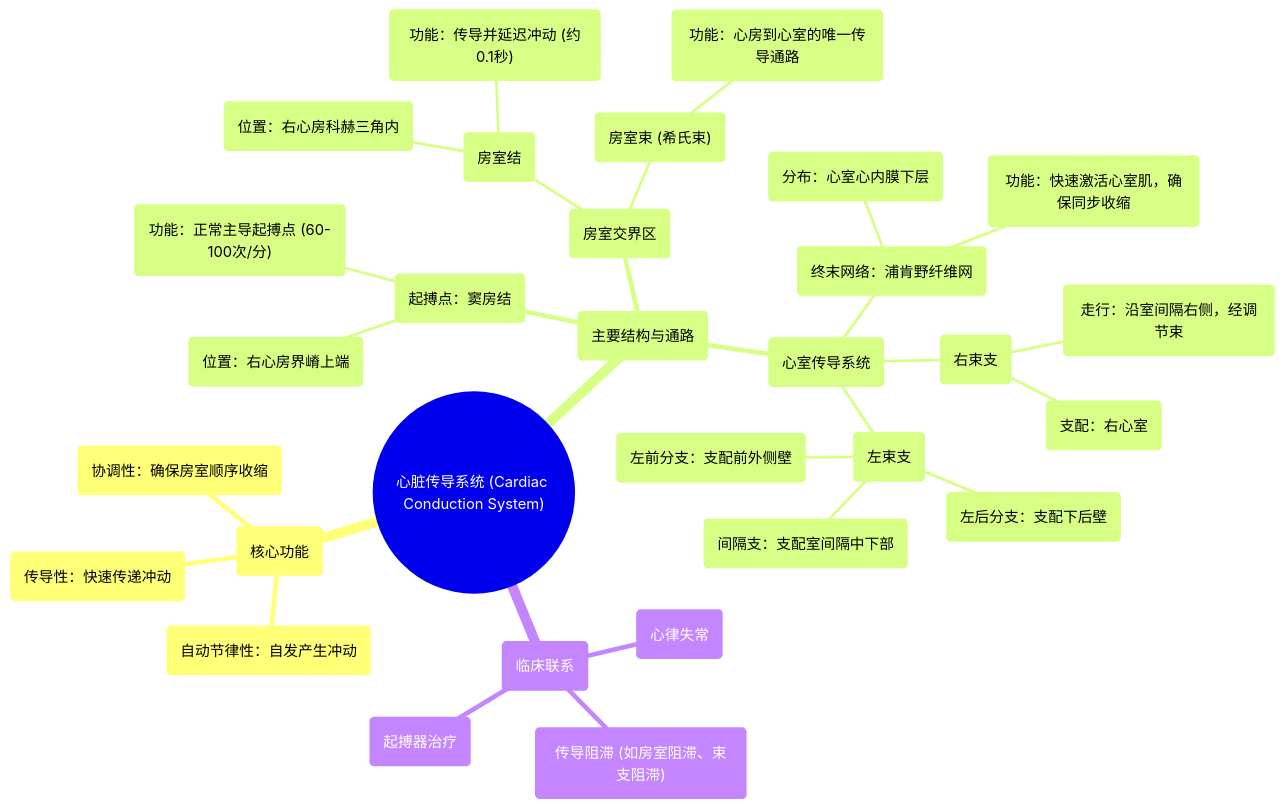
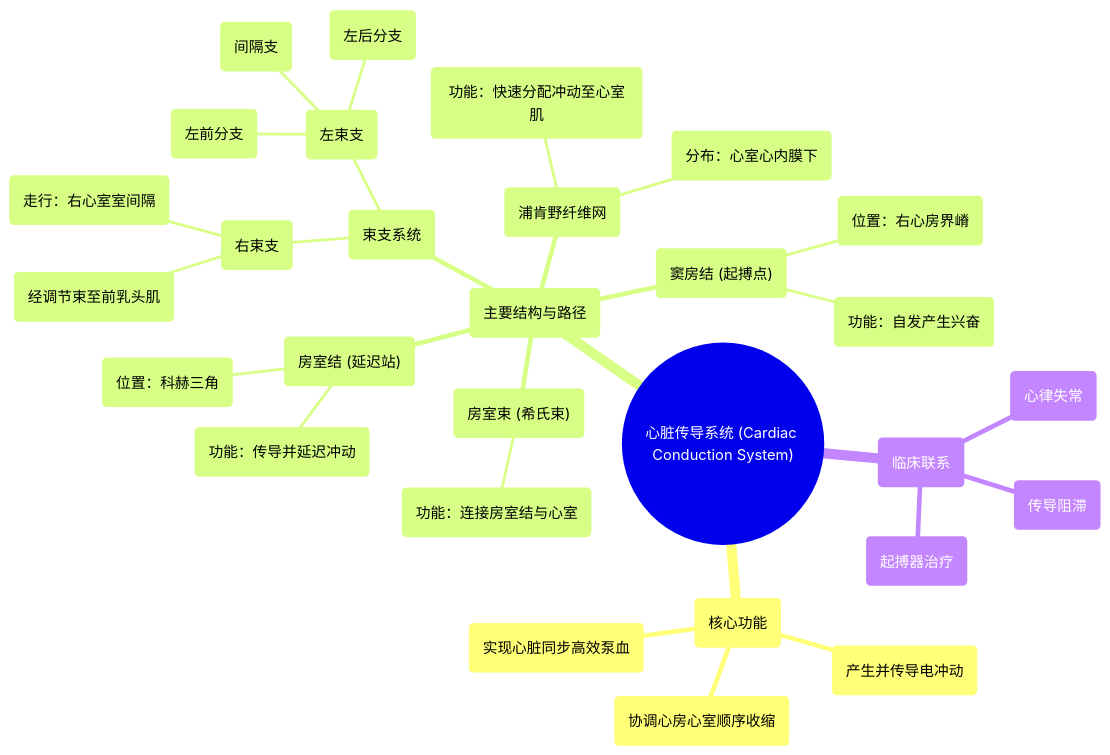
Before and after one commit to hello-47777/xinxueguan: the diagram in docs/专辑 01：心脏解剖学实景课 (Heart Anatomy - Course)/13 360 video - Cardiac Conduction System - Explained in Mixed Reality.md, drawn with Mermaid. The commit also changed other lines of this file and 414 other files, not shown here.

````diff
--- a/docs/专辑 01：心脏解剖学实景课 (Heart Anatomy - Course)/13 360 video - Cardiac Conduction System - Explained in Mixed Reality.md
+++ b/docs/专辑 01：心脏解剖学实景课 (Heart Anatomy - Course)/13 360 video - Cardiac Conduction System - Explained in Mixed Reality.md
@@ -58,33 +52,32 @@
 ```mermaid
 mindmap
   root(("心脏传导系统 (Cardiac Conduction System)"))
     ("核心功能")
-      ("自动节律性：自发产生冲动")
-      ("传导性：快速传递冲动")
-      ("协调性：确保房室顺序收缩")
-    ("主要结构与通路")
-      ("起搏点：窦房结")
-        ("位置：右心房界嵴上端")
-        ("功能：正常主导起搏点 (60-100次/分)")
-      ("房室交界区")
-        ("房室结")
-          ("位置：右心房科赫三角内")
-          ("功能：传导并延迟冲动 (约0.1秒)")
-        ("房室束 (希氏束)")
-          ("功能：心房到心室的唯一传导通路")
-      ("心室传导系统")
+      ("产生并传导电冲动")
+      ("协调心房心室顺序收缩")
+      ("实现心脏同步高效泵血")
+    ("主要结构与路径")
+      ("窦房结 (起搏点)")
+        ("位置：右心房界嵴")
+        ("功能：自发产生兴奋")
+      ("房室结 (延迟站)")
+        ("位置：科赫三角")
+        ("功能：传导并延迟冲动")
+      ("房室束 (希氏束)")
+        ("功能：连接房室结与心室")
+      ("束支系统")
         ("右束支")
-          ("走行：沿室间隔右侧，经调节束")
-          ("支配：右心室")
+          ("走行：右心室室间隔")
+          ("经调节束至前乳头肌")
         ("左束支")
-          ("左前分支：支配前外侧壁")
-          ("左后分支：支配下后壁")
-          ("间隔支：支配室间隔中下部")
-        ("终末网络：浦肯野纤维网")
-          ("分布：心室心内膜下层")
-          ("功能：快速激活心室肌，确保同步收缩")
+          ("左前分支")
+          ("间隔支")
+          ("左后分支")
+      ("浦肯野纤维网")
+        ("分布：心室心内膜下")
+        ("功能：快速分配冲动至心室肌")
     ("临床联系")
       ("心律失常")
-      ("传导阻滞 (如房室阻滞、束支阻滞)")
+      ("传导阻滞")
       ("起搏器治疗")
 ```
````
